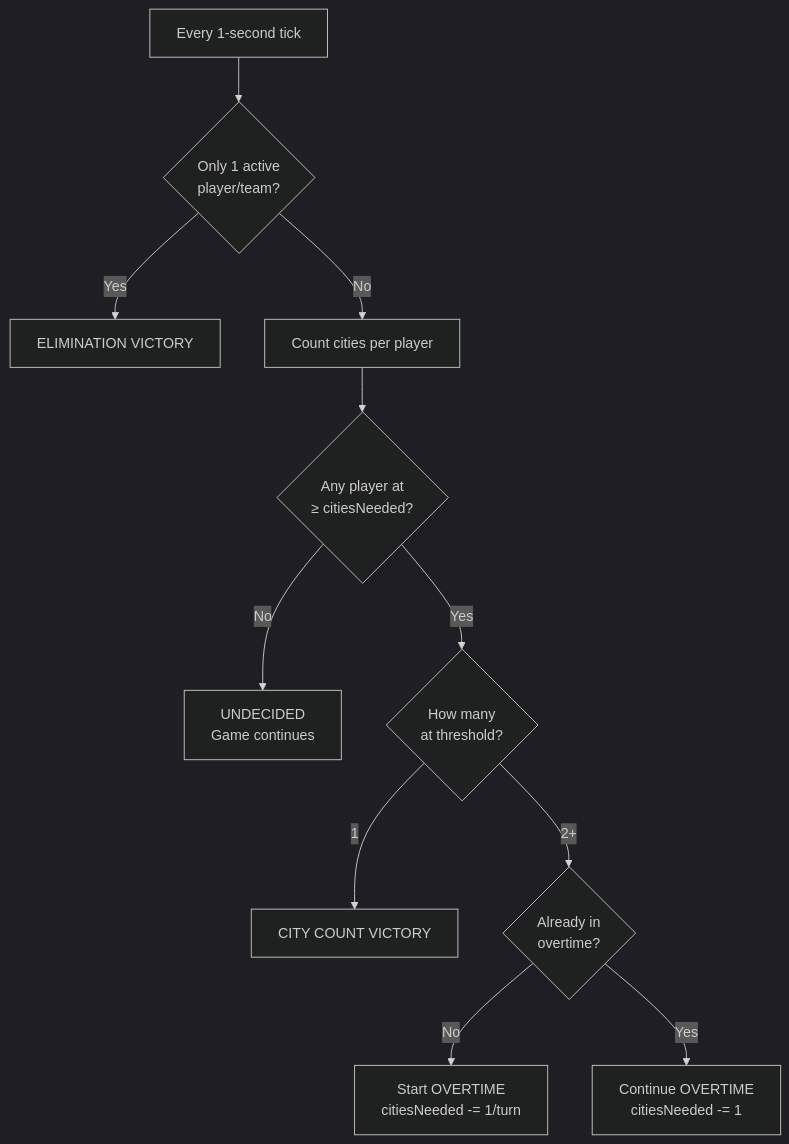
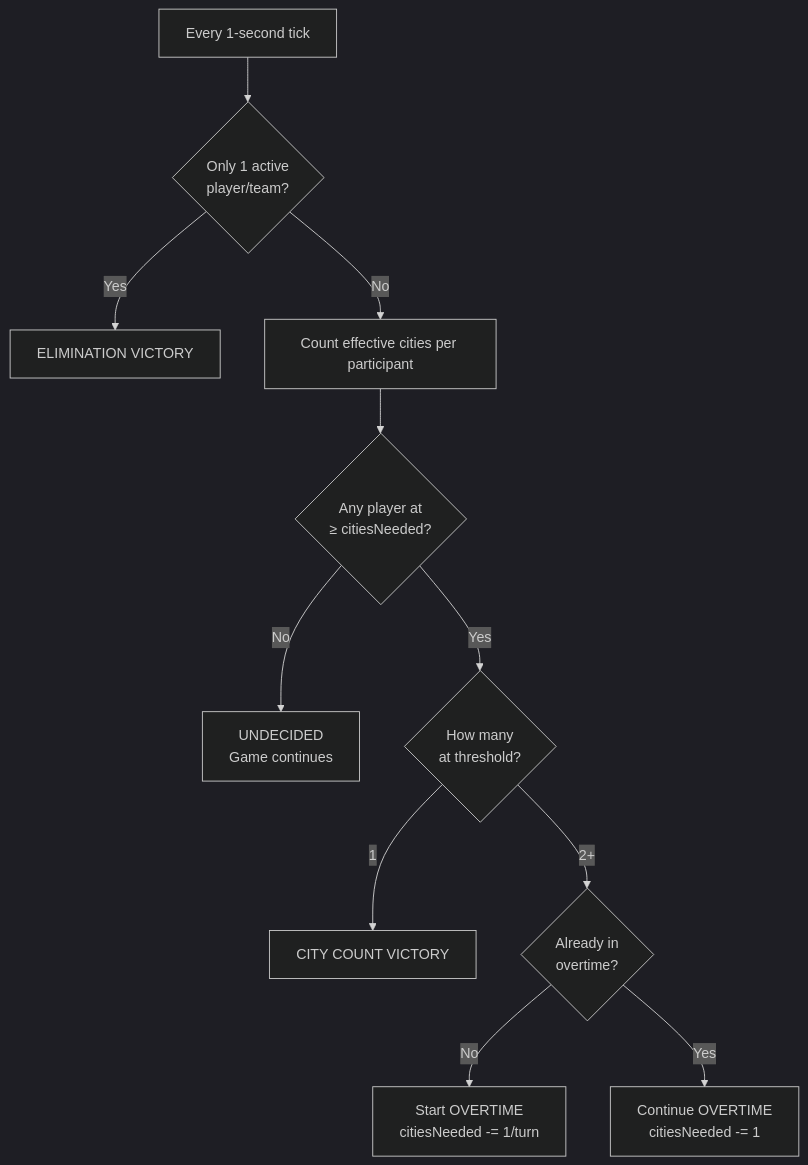
One commit to Warcraft-3-Risk/wc3-risk-system changed the seventh of 7 diagrams in docs/gameplay/victory.md. Above: the diagram before and after it, drawn with Mermaid (dark theme). The commit also changed other lines of this file and 15 other files, not shown here.

````diff
--- a/docs/gameplay/victory.md
+++ b/docs/gameplay/victory.md
@@ -218,13 +221,13 @@
 ```mermaid
 flowchart TD
     Tick["Every 1-second tick"] --> Single{"Only 1 active<br/>player/team?"}
     Single -- Yes --> ElimWin["ELIMINATION VICTORY"]
-    Single -- No --> Count["Count cities per player"]
+    Single -- No --> Count["Count effective cities per participant"]
     Count --> Threshold{"Any player at<br/>≥ citiesNeeded?"}
     Threshold -- No --> Undecided["UNDECIDED<br/>Game continues"]
     Threshold -- Yes --> HowMany{"How many<br/>at threshold?"}
     HowMany -- 1 --> CityWin["CITY COUNT VICTORY"]
     HowMany -- 2+ --> TieCheck{"Already in<br/>overtime?"}
     TieCheck -- No --> StartOT["Start OVERTIME<br/>citiesNeeded -= 1/turn"]
     TieCheck -- Yes --> ContinueOT["Continue OVERTIME<br/>citiesNeeded -= 1"]
 ```
````
